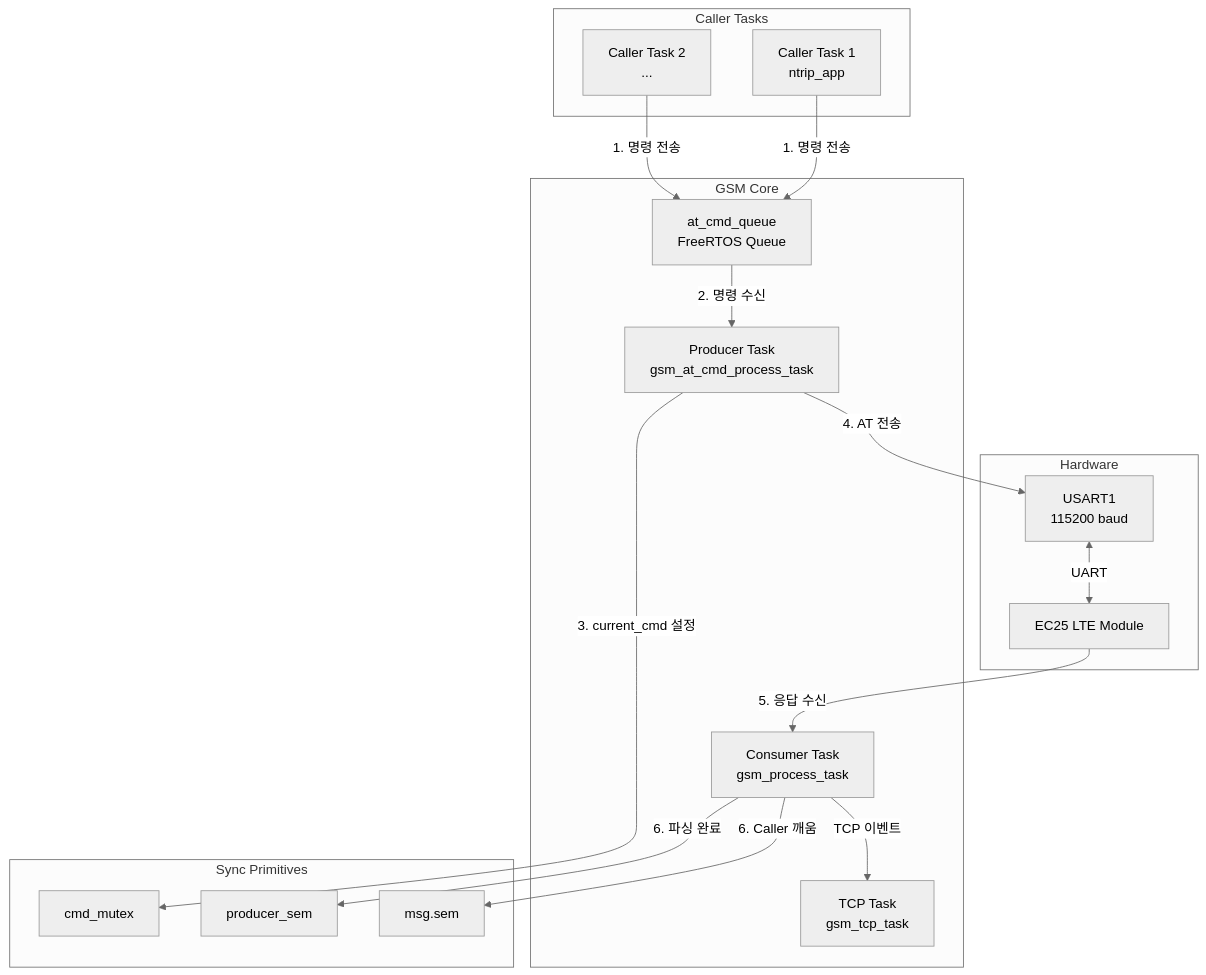
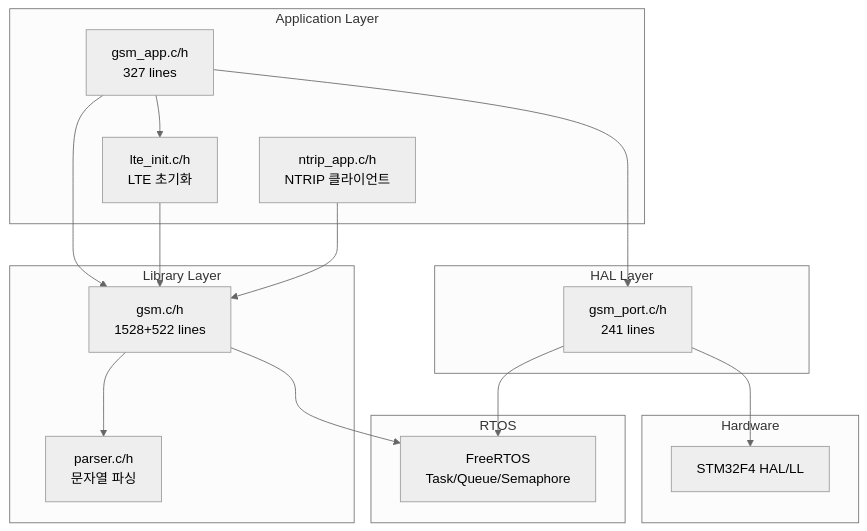
The first of 12 diagrams in docs/GSM_LIBRARY.md (mj-kang-iotiz/my_test), drawn with Mermaid (neutral theme) before and after one commit. The commit also changed other lines of this file and 2 other files, not shown here.

First line of the commit message:
docs: GPS, GSM, LED 라이브러리 기술 문서 대폭 보강

````diff
--- a/docs/GSM_LIBRARY.md
+++ b/docs/GSM_LIBRARY.md
@@ -49,39 +76,36 @@
 ```mermaid
 graph TB
-    subgraph "Caller Tasks"
-        CALLER1[Caller Task 1<br/>ntrip_app]
-        CALLER2[Caller Task 2<br/>...]
+    subgraph "Application Layer"
+        GSM_APP[gsm_app.c/h<br/>327 lines]
+        LTE_INIT[lte_init.c/h<br/>LTE 초기화]
+        NTRIP[ntrip_app.c/h<br/>NTRIP 클라이언트]
     end
 
-    subgraph "GSM Core"
-        QUEUE[at_cmd_queue<br/>FreeRTOS Queue]
-        PRODUCER[Producer Task<br/>gsm_at_cmd_process_task]
-        CONSUMER[Consumer Task<br/>gsm_process_task]
-        TCP_TASK[TCP Task<br/>gsm_tcp_task]
+    subgraph "Library Layer"
+        GSM[gsm.c/h<br/>1528+522 lines]
+        PARSER[parser.c/h<br/>문자열 파싱]
+    end
+
+    subgraph "HAL Layer"
+        GSM_PORT[gsm_port.c/h<br/>241 lines]
+    end
+
+    subgraph "RTOS"
+        FREERTOS[FreeRTOS<br/>Task/Queue/Semaphore]
     end
 
     subgraph "Hardware"
-        UART[USART1<br/>115200 baud]
-        EC25[EC25 LTE Module]
+        STM32[STM32F4 HAL/LL]
     end
 
-    subgraph "Sync Primitives"
-        CMD_MUTEX[cmd_mutex]
-        PRODUCER_SEM[producer_sem]
-        CALLER_SEM[msg.sem]
-    end
+    GSM_APP --> GSM
+    GSM_APP --> GSM_PORT
+    GSM_APP --> LTE_INIT
+    LTE_INIT --> GSM
+    NTRIP --> GSM
 
-    CALLER1 -->|1. 명령 전송| QUEUE
-    CALLER2 -->|1. 명령 전송| QUEUE
-
-    QUEUE -->|2. 명령 수신| PRODUCER
-    PRODUCER -->|3. current_cmd 설정| CMD_MUTEX
-    PRODUCER -->|4. AT 전송| UART
-    UART <-->|UART| EC25
-
-    EC25 -->|5. 응답 수신| CONSUMER
-    CONSUMER -->|6. 파싱 완료| PRODUCER_SEM
-    CONSUMER -->|6. Caller 깨움| CALLER_SEM
-
-    CONSUMER -->|TCP 이벤트| TCP_TASK
+    GSM --> PARSER
+    GSM --> FREERTOS
+    GSM_PORT --> STM32
+    GSM_PORT --> FREERTOS
 ```
````
